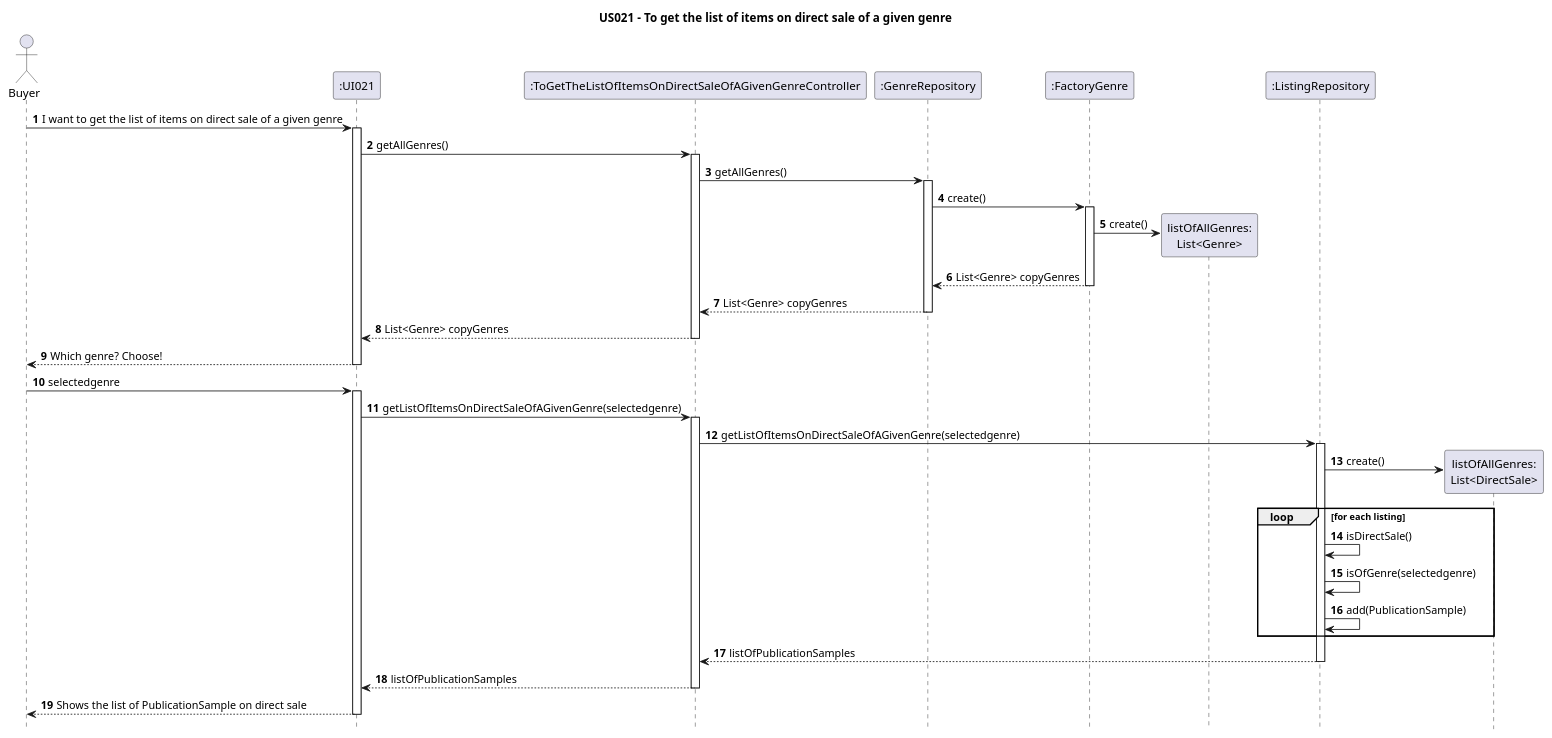
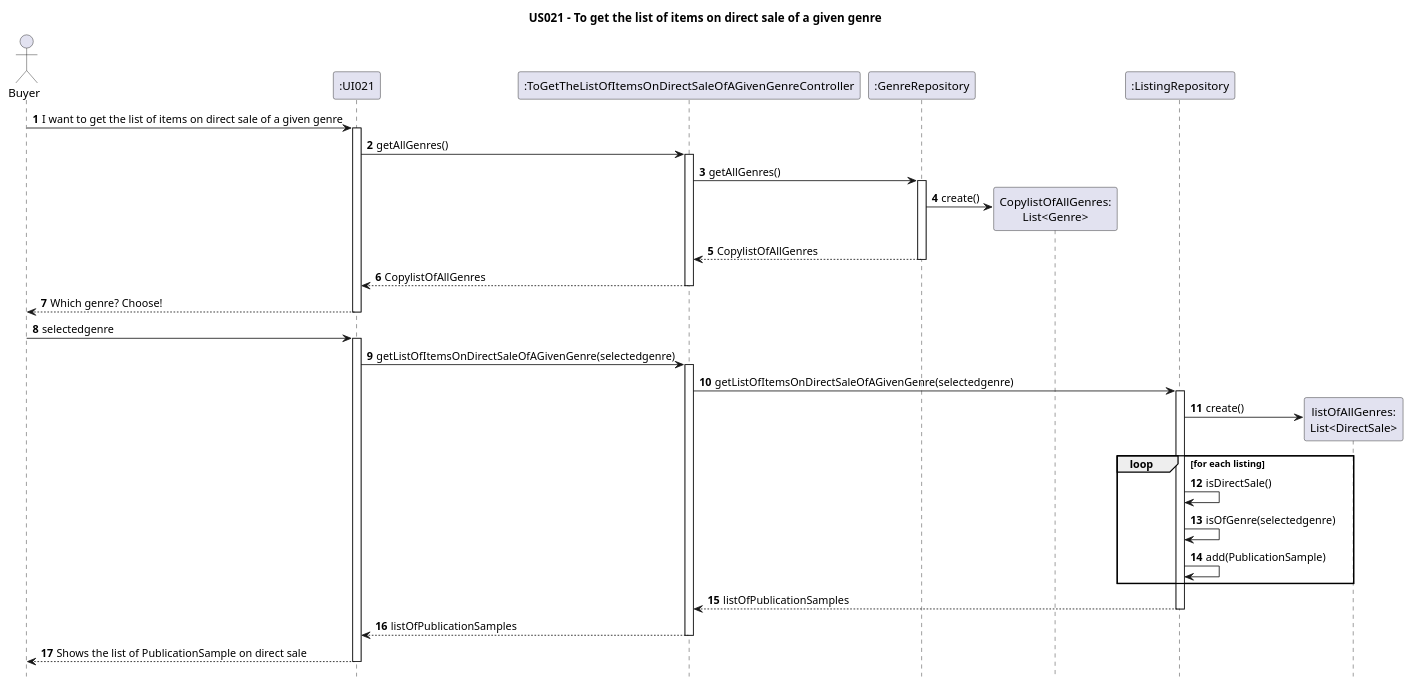
The diagram in Diagrams/SequenceDiagrams/N2/US021-to-get-the-list-of-items-on-direct-sale-of-a-given-genre.puml (AndrePereiraGitH/SWitCH-Project-Team_A), drawn with PlantUML before and after one commit. The commit also changed 2 other files, not shown here.

Commit message:
Working on #192 and #193, Updated SD to reflect new design for US021 and created GenreFactory and GenreFactoryTest

```diff
--- a/Diagrams/SequenceDiagrams/N2/US021-to-get-the-list-of-items-on-direct-sale-of-a-given-genre.puml
+++ b/Diagrams/SequenceDiagrams/N2/US021-to-get-the-list-of-items-on-direct-sale-of-a-given-genre.puml
@@ -1,73 +1,67 @@
 @startuml
 hide footbox
 autonumber
 title US021 - To get the list of items on direct sale of a given genre
 
 actor Buyer
 
 ' Participants
 participant ":UI021" as UI
 participant ":ToGetTheListOfItemsOnDirectSaleOfAGivenGenreController" as Ctrl
 participant ":GenreRepository" as GenreRepo
-participant ":FactoryGenre" as FactoryGenre
-participant "listOfAllGenres:\nList<Genre>" as LG
+participant "CopylistOfAllGenres:\nList<Genre>" as LG
 participant ":ListingRepository" as ListingRepository
 participant "listOfAllGenres:\nList<DirectSale>" as LDirectSale
 
 ' Interactions
 
 ' Section 1 - Get all genres
 Buyer -> UI : I want to get the list of items on direct sale of a given genre
 activate UI
 
 UI -> Ctrl : getAllGenres()
 activate Ctrl
 
 Ctrl -> GenreRepo : getAllGenres()
 activate GenreRepo
 
-GenreRepo -> FactoryGenre : create()
-activate FactoryGenre
 
-FactoryGenre -> LG ** : create()
+GenreRepo -> LG ** : create()
 
-FactoryGenre --> GenreRepo : List<Genre> copyGenres
-deactivate FactoryGenre
-
-GenreRepo --> Ctrl : List<Genre> copyGenres
+GenreRepo --> Ctrl : CopylistOfAllGenres
 deactivate GenreRepo
 
-Ctrl --> UI : List<Genre> copyGenres
+Ctrl --> UI : CopylistOfAllGenres
 deactivate Ctrl
 
 UI --> Buyer : Which genre? Choose!
 deactivate UI
 
 ' Section 2 - Get list of direct sales with the genre chosen
 Buyer -> UI : selectedgenre
 activate UI
 
 UI -> Ctrl : getListOfItemsOnDirectSaleOfAGivenGenre(selectedgenre)
 activate Ctrl
 
 Ctrl -> ListingRepository : getListOfItemsOnDirectSaleOfAGivenGenre(selectedgenre)
 activate ListingRepository
 
 ListingRepository -> LDirectSale ** : create()
 
 loop for each listing
     ListingRepository -> ListingRepository: isDirectSale()
     ListingRepository -> ListingRepository: isOfGenre(selectedgenre)
     ListingRepository -> ListingRepository: add(PublicationSample)
 end
 
 ListingRepository --> Ctrl : listOfPublicationSamples
 deactivate ListingRepository
 
 Ctrl --> UI : listOfPublicationSamples
 deactivate Ctrl
 
 UI --> Buyer : Shows the list of PublicationSample on direct sale
 deactivate UI
 
 @enduml
```
